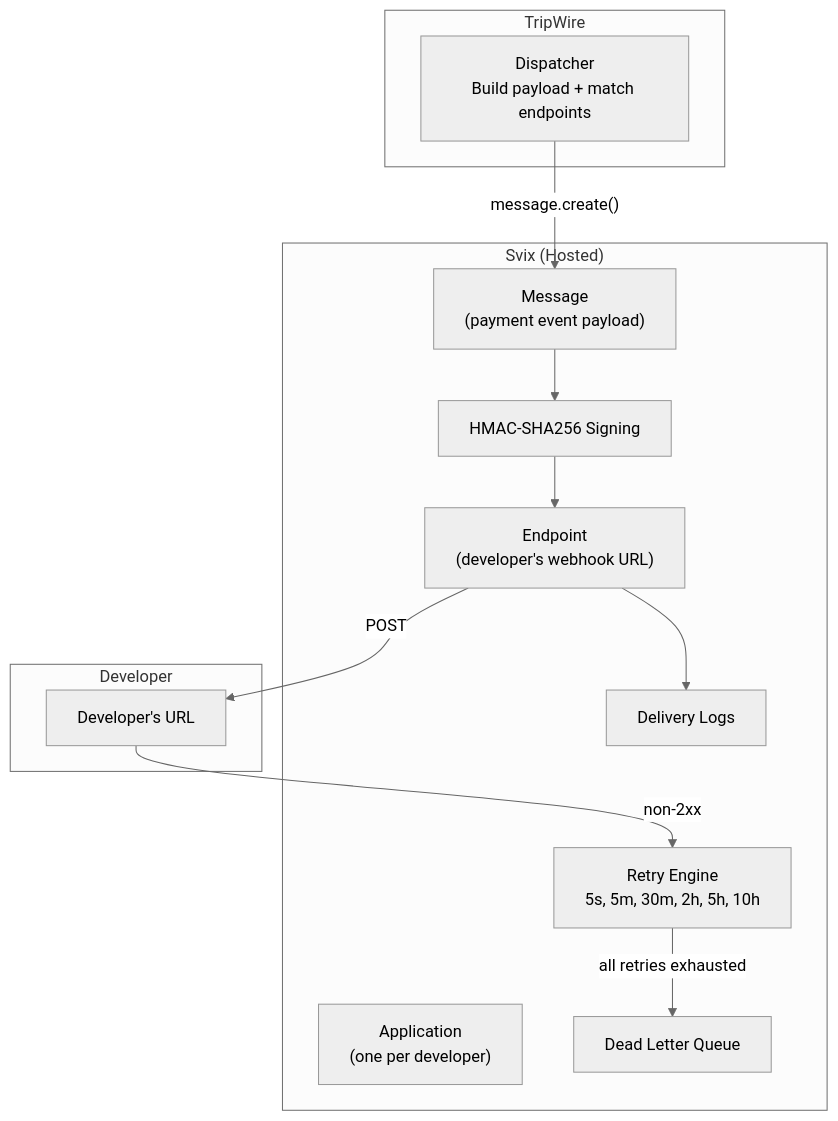
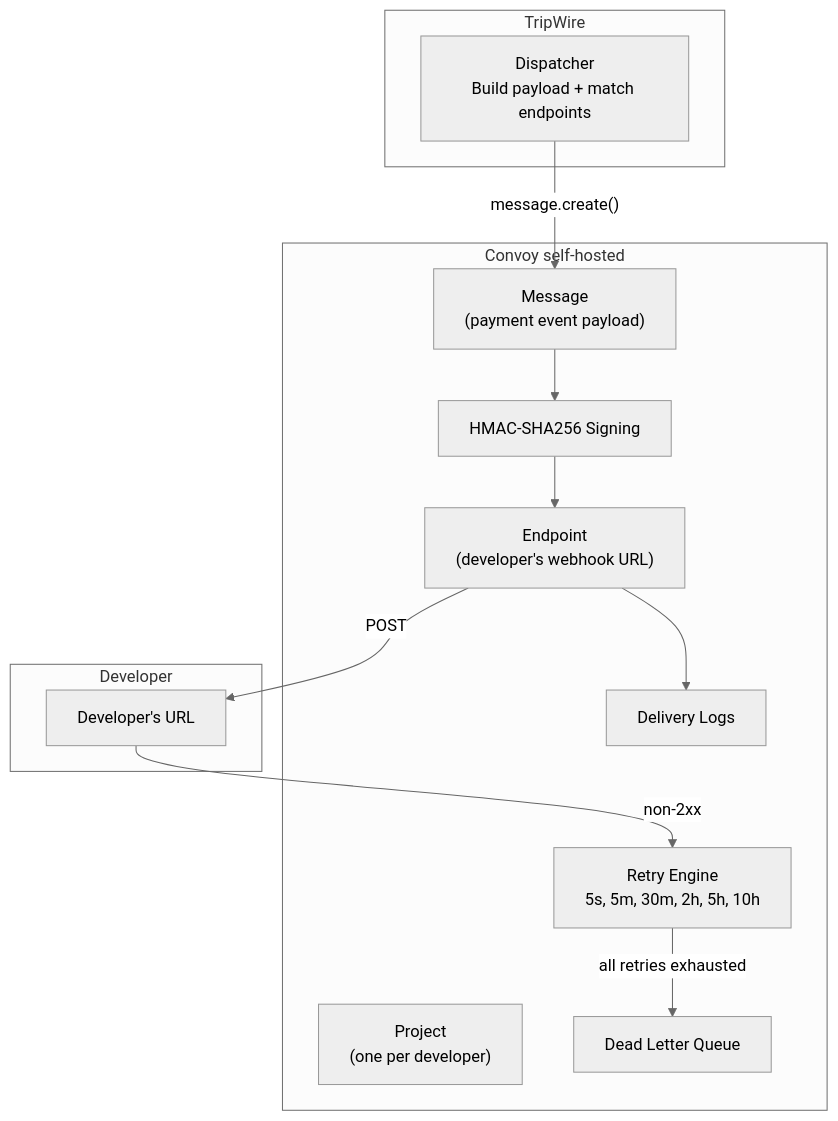
Before and after one commit to sonu96/TripWire: the seventh of 10 diagrams in docs/architecture/overview.md, drawn with Mermaid (neutral theme). The commit also changed other lines of this file and 33 other files, not shown here.

First line of the commit message:
Replace Svix with Convoy self-hosted + direct httpx fast path

````diff
--- a/docs/architecture/overview.md
+++ b/docs/architecture/overview.md
@@ -522,26 +522,26 @@
 ```mermaid
 graph TD
     subgraph TripWire
         DISPATCH["Dispatcher<br/>Build payload + match endpoints"]
     end
-    subgraph Svix["Svix (Hosted)"]
-        APP["Application<br/>(one per developer)"]
+    subgraph Convoy["Convoy self-hosted"]
+        APP["Project<br/>(one per developer)"]
         EP["Endpoint<br/>(developer's webhook URL)"]
         MSG["Message<br/>(payment event payload)"]
         SIGN["HMAC-SHA256 Signing"]
         RETRY_S["Retry Engine<br/>5s, 5m, 30m, 2h, 5h, 10h"]
         DLQ_S["Dead Letter Queue"]
         LOG["Delivery Logs"]
     end
     subgraph Developer
         URL["Developer's URL"]
     end
 
     DISPATCH -->|"message.create()"| MSG
     MSG --> SIGN
     SIGN --> EP
     EP -->|"POST"| URL
     URL -->|"non-2xx"| RETRY_S
     RETRY_S -->|"all retries exhausted"| DLQ_S
     EP --> LOG
 ```
````
